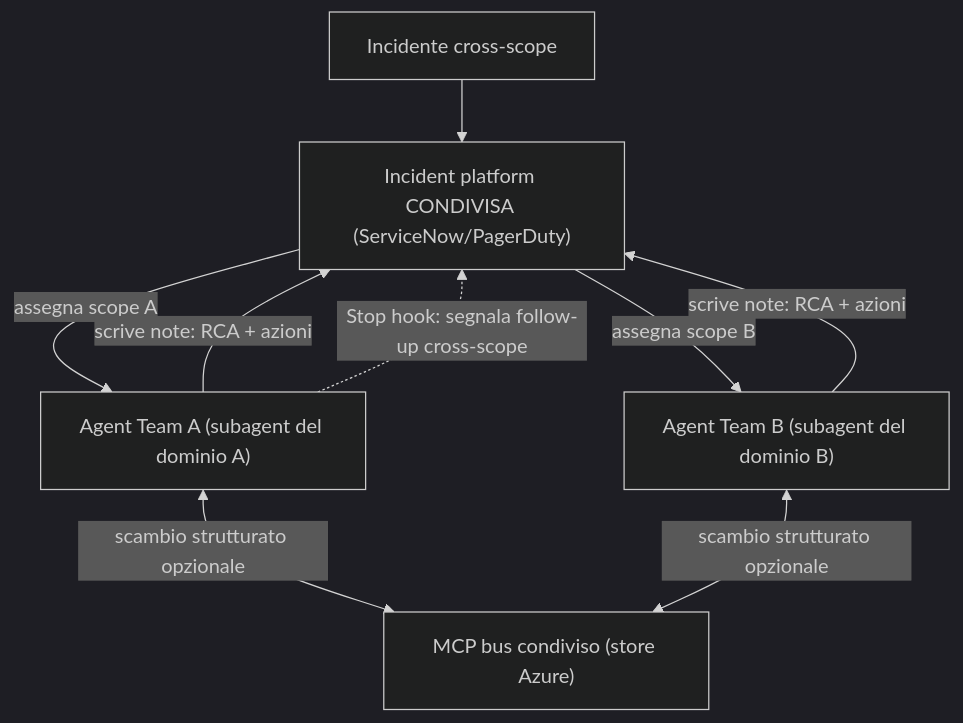
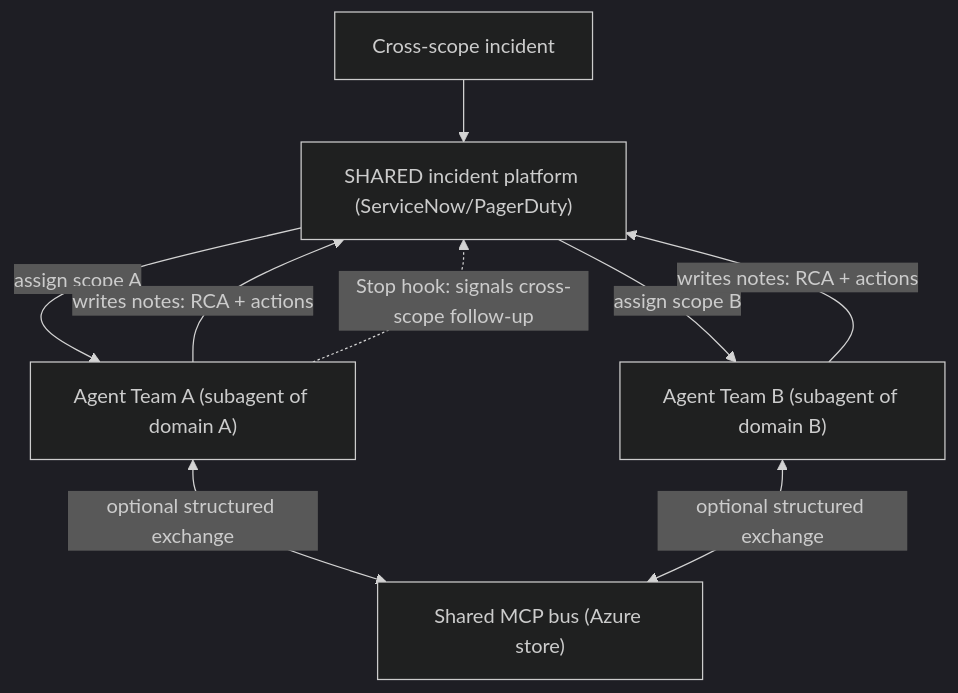
One commit to microsoft/frontier-sre-agent-rvas changed the ninth of 11 diagrams in Coach/Solutions/docs/azure-sre-agent/architectural-guide-lines/azure-sre-agent-fleet-architecture-guidelines.md. Above: the diagram before and after it, drawn with Mermaid (dark theme). The commit also changed other lines of this file and 2 other files, not shown here.

````diff
--- a/Coach/Solutions/docs/azure-sre-agent/architectural-guide-lines/azure-sre-agent-fleet-architecture-guidelines.md
+++ b/Coach/Solutions/docs/azure-sre-agent/architectural-guide-lines/azure-sre-agent-fleet-architecture-guidelines.md
@@ -900,11 +900,11 @@
 ```mermaid
 flowchart TB
-  INC["Incidente cross-scope"] --> IP["Incident platform CONDIVISA (ServiceNow/PagerDuty)"]
-  IP -->|assegna scope A| AGA["Agent Team A (subagent del dominio A)"]
-  AGA -->|scrive note: RCA + azioni| IP
-  AGA -.->|Stop hook: segnala follow-up cross-scope| IP
-  IP -->|assegna scope B| AGB["Agent Team B (subagent del dominio B)"]
-  AGB -->|scrive note: RCA + azioni| IP
-  AGA <-->|scambio strutturato opzionale| BUS["MCP bus condiviso (store Azure)"]
-  AGB <-->|scambio strutturato opzionale| BUS
+  INC["Cross-scope incident"] --> IP["SHARED incident platform (ServiceNow/PagerDuty)"]
+  IP -->|assign scope A| AGA["Agent Team A (subagent of domain A)"]
+  AGA -->|writes notes: RCA + actions| IP
+  AGA -.->|Stop hook: signals cross-scope follow-up| IP
+  IP -->|assign scope B| AGB["Agent Team B (subagent of domain B)"]
+  AGB -->|writes notes: RCA + actions| IP
+  AGA <-->|optional structured exchange| BUS["Shared MCP bus (Azure store)"]
+  AGB <-->|optional structured exchange| BUS
 ```
````
